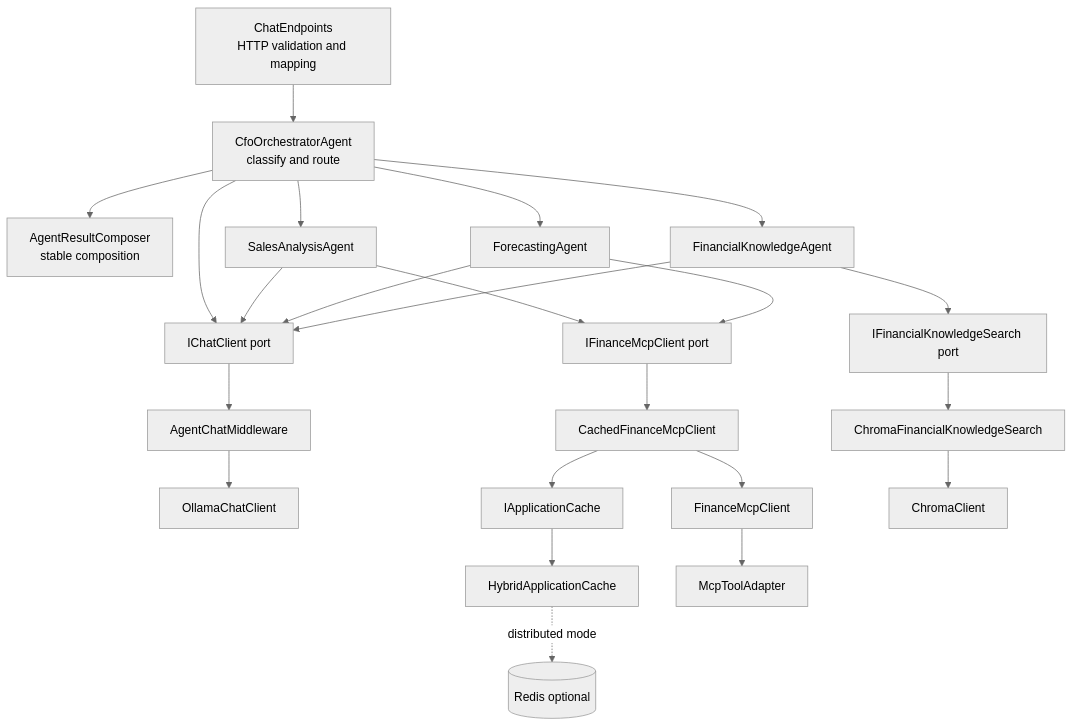
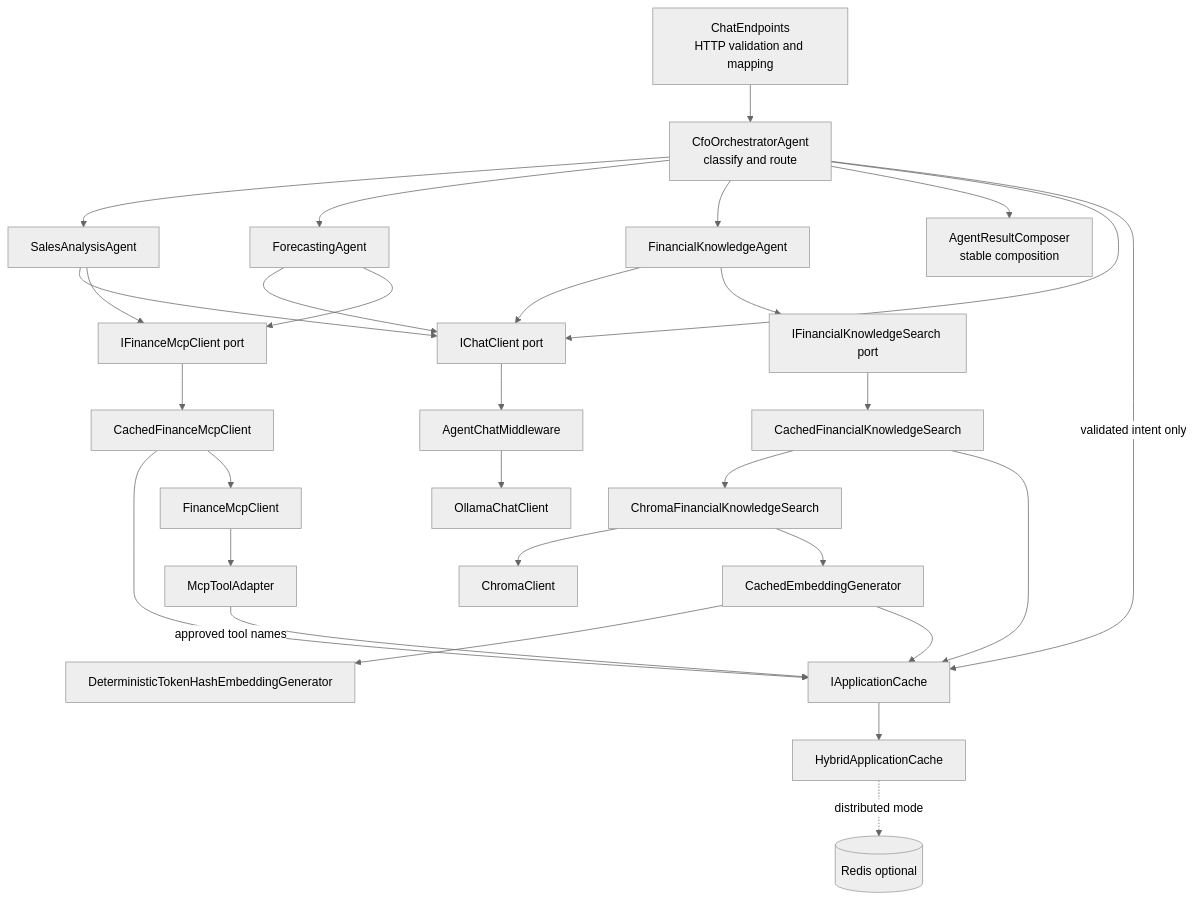
One commit to prabodharandima/ai_agent_cfo changed the third of 16 diagrams in APPLICATION_ARCHITECTURE.md. Above: the diagram before and after it, drawn with Mermaid (neutral theme). The commit also changed other lines of this file and 12 other files, not shown here.

````diff
--- a/APPLICATION_ARCHITECTURE.md
+++ b/APPLICATION_ARCHITECTURE.md
@@ -169,47 +169,55 @@
 ```mermaid
 flowchart TB
     Endpoint["ChatEndpoints<br/>HTTP validation and mapping"]
     Orchestrator["CfoOrchestratorAgent<br/>classify and route"]
     Composer["AgentResultComposer<br/>stable composition"]
 
     Sales[SalesAnalysisAgent]
     Forecast[ForecastingAgent]
     Knowledge[FinancialKnowledgeAgent]
 
     ChatPort[IChatClient port]
     FinancePort[IFinanceMcpClient port]
     VectorPort[IFinancialKnowledgeSearch port]
 
     ChatMiddleware[AgentChatMiddleware]
     Ollama[OllamaChatClient]
     FinanceClient[FinanceMcpClient]
     FinanceCache[CachedFinanceMcpClient]
+    RagCache[CachedFinancialKnowledgeSearch]
+    EmbeddingCache[CachedEmbeddingGenerator]
+    EmbeddingGenerator[DeterministicTokenHashEmbeddingGenerator]
     AppCache[IApplicationCache]
     HybridCache[HybridApplicationCache]
     Redis[(Redis optional)]
     McpAdapter[McpToolAdapter]
     ChromaAdapter[ChromaFinancialKnowledgeSearch]
     ChromaClient[ChromaClient]
 
     Endpoint --> Orchestrator
     Orchestrator --> Sales
     Orchestrator --> Forecast
     Orchestrator --> Knowledge
     Orchestrator --> Composer
 
     Orchestrator --> ChatPort
     Sales --> ChatPort
     Forecast --> ChatPort
     Knowledge --> ChatPort
 
     Sales --> FinancePort
     Forecast --> FinancePort
     Knowledge --> VectorPort
 
     ChatPort --> ChatMiddleware --> Ollama
+    Orchestrator -->|validated intent only| AppCache
     FinancePort --> FinanceCache
     FinanceCache --> AppCache --> HybridCache
     HybridCache -. distributed mode .-> Redis
     FinanceCache --> FinanceClient --> McpAdapter
-    VectorPort --> ChromaAdapter --> ChromaClient
+    McpAdapter -->|approved tool names| AppCache
+    VectorPort --> RagCache --> ChromaAdapter --> ChromaClient
+    RagCache --> AppCache
+    ChromaAdapter --> EmbeddingCache --> EmbeddingGenerator
+    EmbeddingCache --> AppCache
 ```
````
